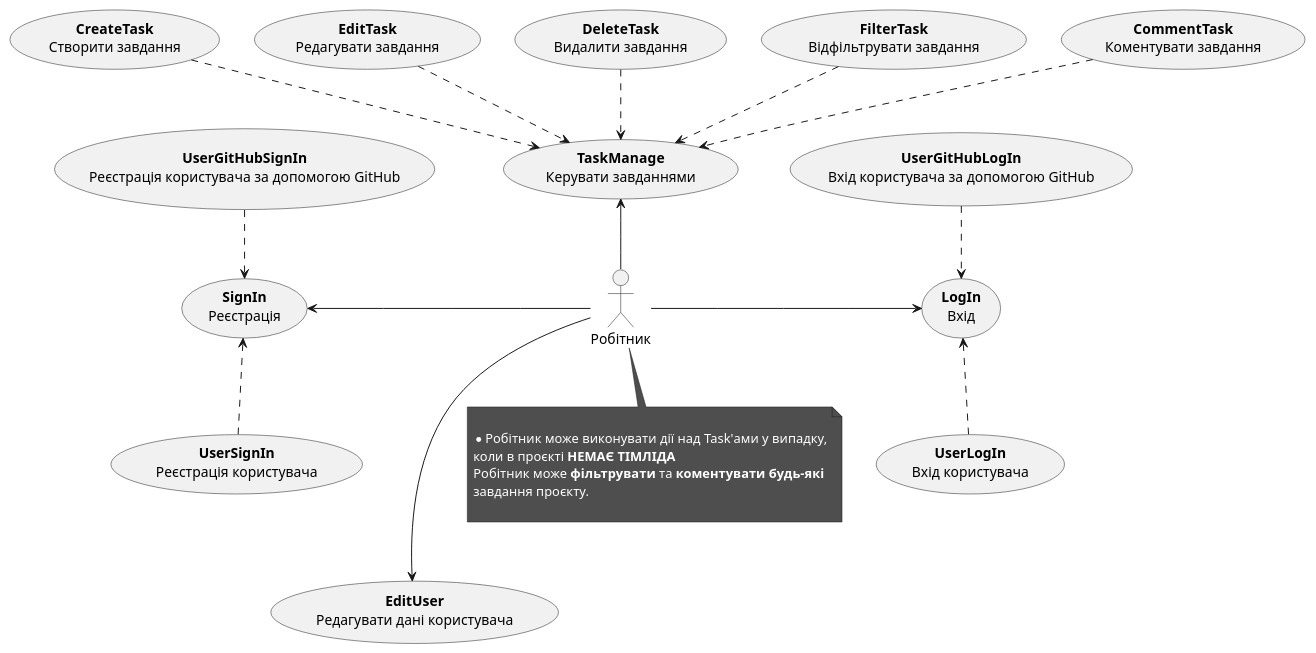
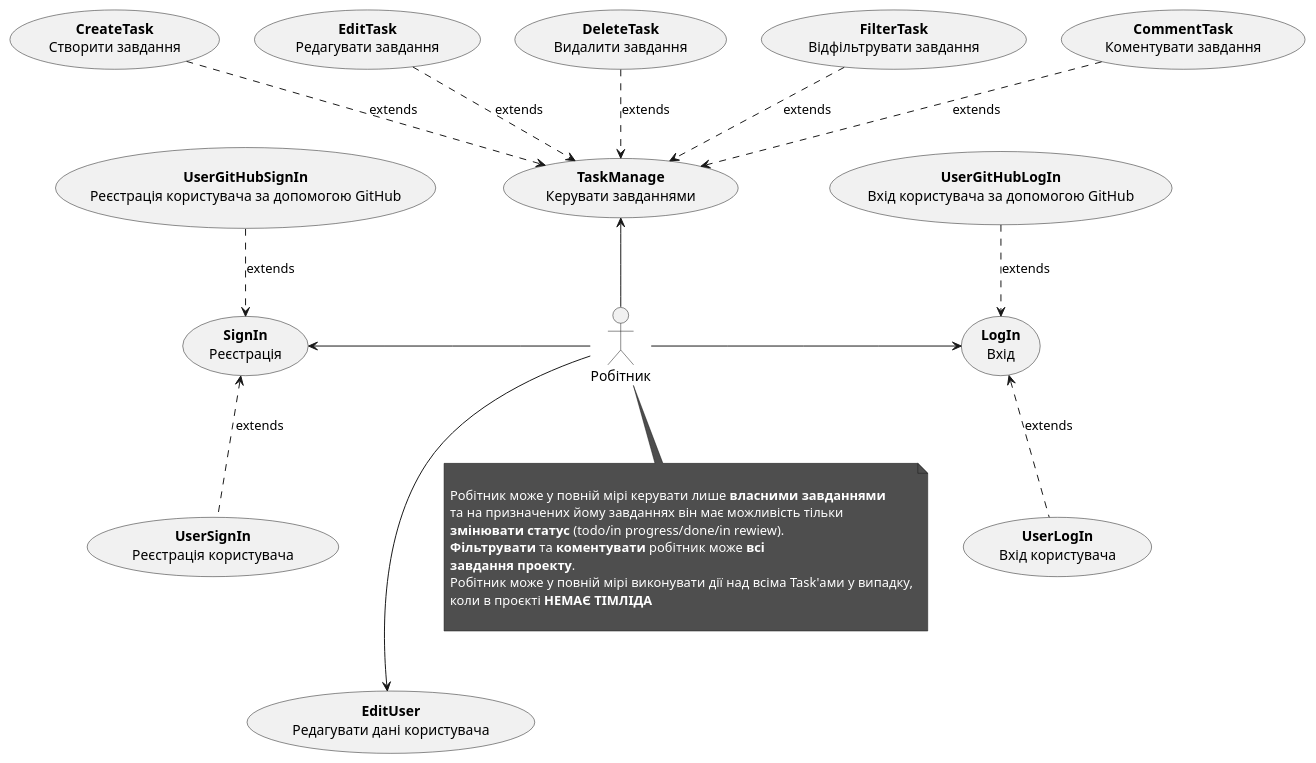
Before and after one commit to witchkaa/databases-course-work: the second of 4 diagrams in docs/use cases/README.md, drawn with PlantUML. The commit also changed other lines of this file, not shown here.

Commit message:
Add general and admin uml diagrams

```diff
--- a/docs/use cases/README.md
+++ b/docs/use cases/README.md
@@ -23,48 +80,47 @@
 @startuml
 
-
     skinparam noteFontColor white
-    skinparam activityFontSize 100
-    skinparam activityDiamondFontSize 100
-    skinparam activityArrowFontSize 100
 
     actor "Робітник" as Collaborator
 
     usecase "<b>SignIn</b>\nРеєстрація" as SignIn
     usecase "<b>UserSignIn</b>\nРеєстрація користувача" as UserSignIn
     usecase "<b>UserGitHubSignIn</b>\nРеєстрація користувача за допомогою GitHub" as UserGitHubSignIn
     usecase "<b>LogIn</b>\nВхід" as LogIn
     usecase "<b>UserLogIn</b>\nВхід користувача" as UserLogIn
     usecase "<b>UserGitHubLogIn</b>\nВхід користувача за допомогою GitHub" as UserGitHubLogIn
     usecase "<b>EditUser</b>\nРедагувати дані користувача" as EditUser
     usecase "<b>TaskManage</b>\nКерувати завданнями" as TaskManage
     usecase "<b>CreateTask</b>\nСтворити завдання" as CreateTask
     usecase "<b>EditTask</b>\nРедагувати завдання" as EditTask
     usecase "<b>DeleteTask</b>\nВидалити завдання" as DeleteTask
     usecase "<b>FilterTask</b>\nВідфільтрувати завдання" as FilterTask
     usecase "<b>CommentTask</b>\nКоментувати завдання" as CommentTask
 
     Collaborator -l-> SignIn
-    SignIn <.u. UserGitHubSignIn
-    SignIn <.d. UserSignIn
+    SignIn <.u. UserGitHubSignIn:extends
+    SignIn <.d. UserSignIn:extends
     Collaborator -r-> LogIn
-    LogIn <.u. UserGitHubLogIn
-    LogIn <.d. UserLogIn
+    LogIn <.u. UserGitHubLogIn:extends
+    LogIn <.d. UserLogIn:extends
     Collaborator --d-> EditUser
     Collaborator -u-> TaskManage
-    TaskManage <.u. CommentTask
-    TaskManage <.u. FilterTask
-    TaskManage <.u. DeleteTask
-    TaskManage <.u. EditTask
-    TaskManage <.u. CreateTask
-
+    TaskManage <.u. CommentTask:extends
+    TaskManage <.u. FilterTask:extends
+    TaskManage <.u. DeleteTask:extends
+    TaskManage <.u. EditTask:extends
+    TaskManage <.u. CreateTask:extends
 
     note bottom of Collaborator #4e4e4e
 
-        *Робітник може виконувати дії над Task'ами у випадку,
-        коли в проєкті <b>НЕМАЄ ТІМЛІДА</b>
-        Робітник може <b>фільтрувати</b> та <b>коментувати</b> <b>будь-які</b>
-        завдання проєкту.
+       Робітник може у повній мірі керувати лише <b>власними завданнями</b>
+       та на призначених йому завданнях він має можливість тільки
+       <b>змінювати статус</b> (todo/in progress/done/in rewiew).
+       <b>Фільтрувати</b> та <b>коментувати</b> робітник може <b>всі</b>
+       <b>завдання проекту</b>.
+       Робітник може у повній мірі виконувати дії над всіма Task'ами у випадку,
+       коли в проєкті <b>НЕМАЄ ТІМЛІДА</b>
 
     end note
+
 @enduml
```
